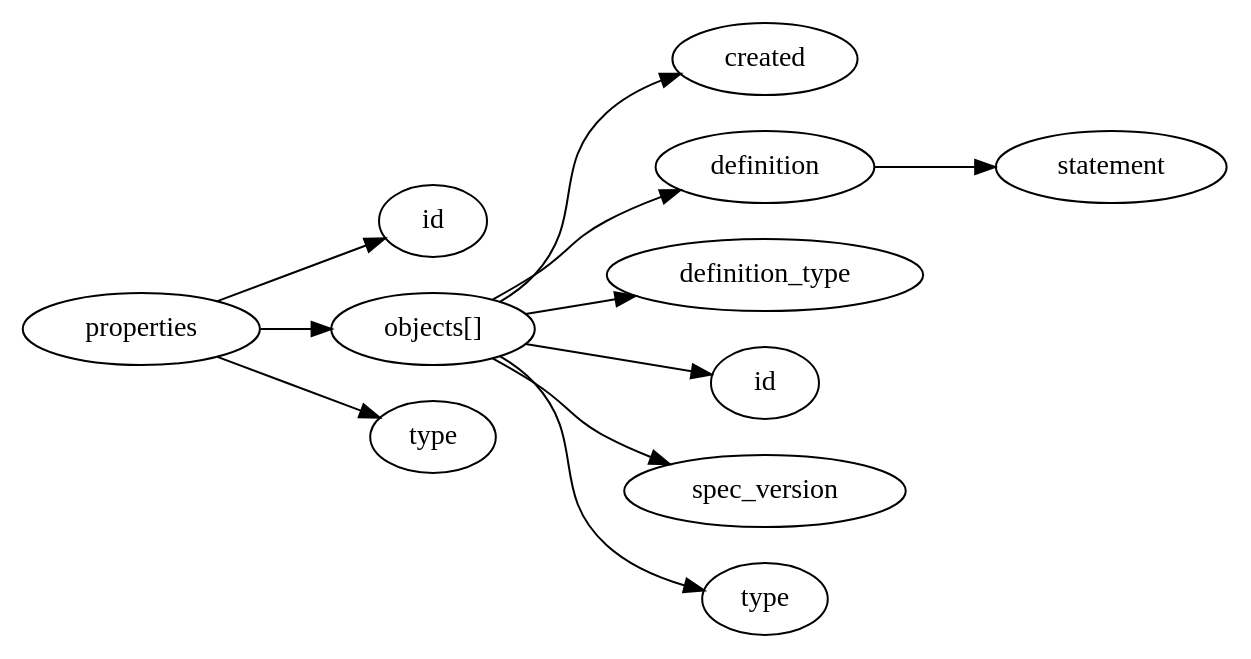
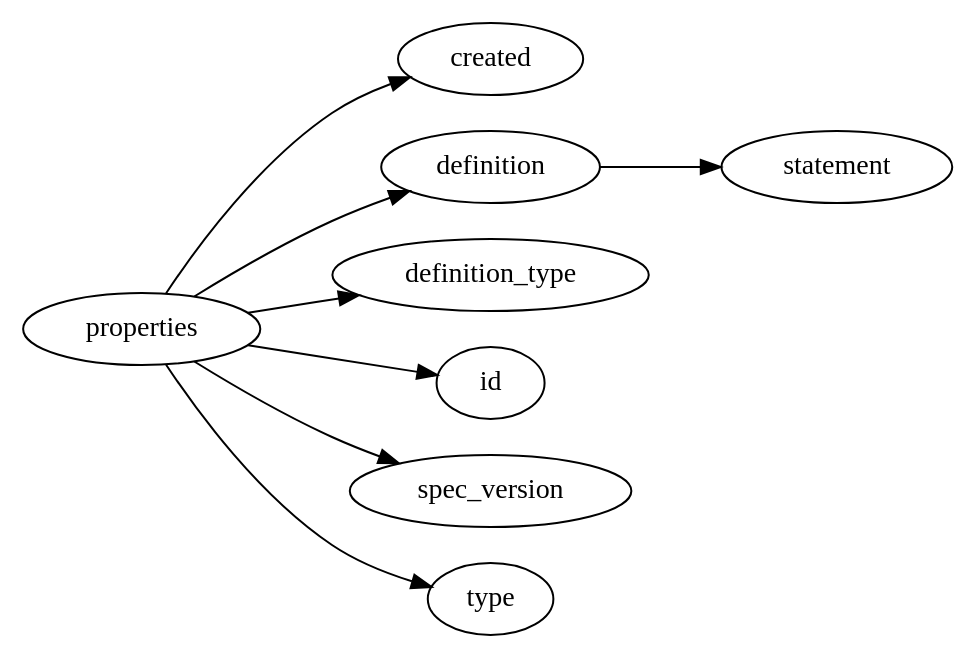
Before and after one commit to whitfieldsdad/json-kit: the diagram in resources/example-data/json/stix2/mitre-capec/dot/marking-definition.dot, drawn with Graphviz. The commit also changed 68 other files, not shown here.

```diff
--- a/resources/example-data/json/stix2/mitre-capec/dot/marking-definition.dot
+++ b/resources/example-data/json/stix2/mitre-capec/dot/marking-definition.dot
@@ -1,23 +1,17 @@
 digraph {
     graph [rankdir=LR]
+    "created" [label="created"]
+    "definition" [label="definition"]
+    "definition.statement" [label="statement"]
+    "definition_type" [label="definition_type"]
     "id" [label="id"]
-    "objects" [label="objects[]"]
-    "objects.created" [label="created"]
-    "objects.definition" [label="definition"]
-    "objects.definition.statement" [label="statement"]
-    "objects.definition_type" [label="definition_type"]
-    "objects.id" [label="id"]
-    "objects.spec_version" [label="spec_version"]
-    "objects.type" [label="type"]
+    "spec_version" [label="spec_version"]
     "type" [label="type"]
+    "properties" -> "created"
+    "properties" -> "definition"
+    "properties" -> "definition_type"
     "properties" -> "id"
-    "properties" -> "objects"
+    "properties" -> "spec_version"
     "properties" -> "type"
-    "objects" -> "objects.created"
-    "objects" -> "objects.definition"
-    "objects" -> "objects.definition_type"
-    "objects" -> "objects.id"
-    "objects" -> "objects.spec_version"
-    "objects" -> "objects.type"
-    "objects.definition" -> "objects.definition.statement"
+    "definition" -> "definition.statement"
 }
```
